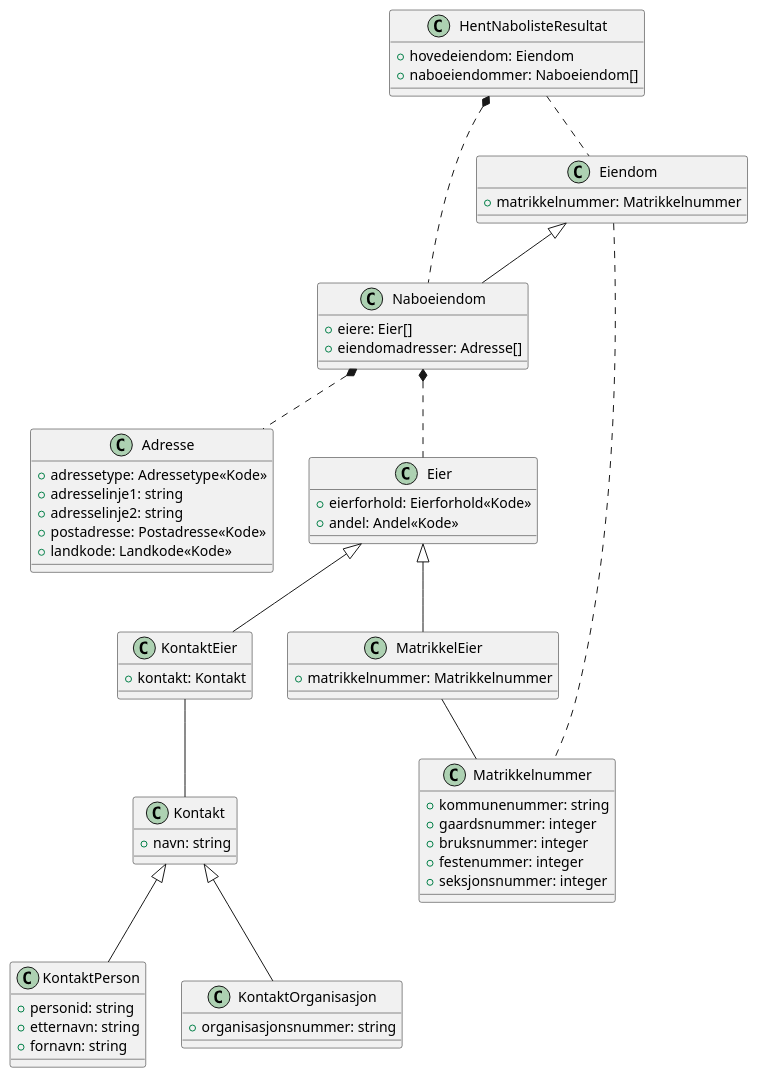
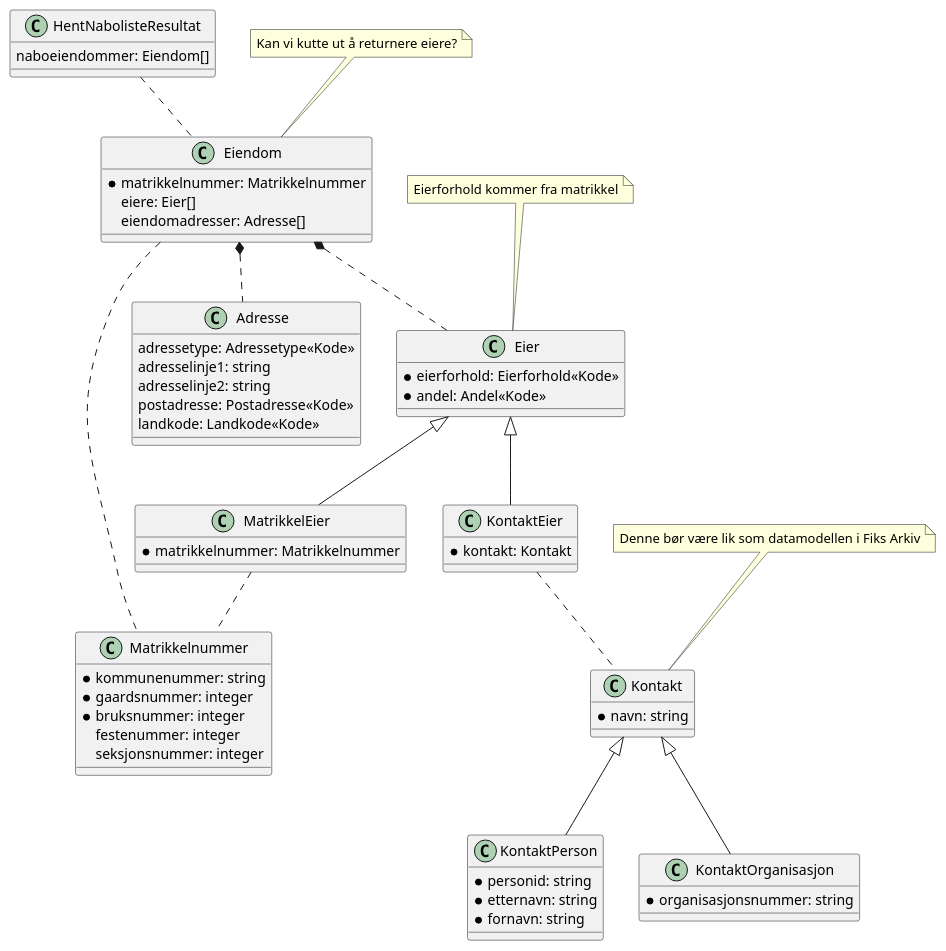
One commit to ks-no/fiks-link-specification changed the diagram in Dokumentasjon/V1/ClassDiagrams/no.ks.fiks.link.v1.innsyn.naboliste.hent.resultat/class-diagram.pu. Above: the diagram before and after it, drawn with PlantUML. The commit also changed 23 other files, not shown here.

```diff
--- a/Dokumentasjon/V1/ClassDiagrams/no.ks.fiks.link.v1.innsyn.naboliste.hent.resultat/class-diagram.pu
+++ b/Dokumentasjon/V1/ClassDiagrams/no.ks.fiks.link.v1.innsyn.naboliste.hent.resultat/class-diagram.pu
@@ -1,79 +1,80 @@
 @startuml
 class HentNabolisteResultat {
-    +hovedeiendom: Eiendom
-    +naboeiendommer: Naboeiendom[]
+    naboeiendommer: Eiendom[]
 }
 
 HentNabolisteResultat .. Eiendom
-HentNabolisteResultat *.. Naboeiendom
 
 class Eiendom {
-    +matrikkelnummer: Matrikkelnummer
+    * matrikkelnummer: Matrikkelnummer
+    eiere: Eier[]
+    eiendomadresser: Adresse[]
 }
+
+note top of Eiendom : Kan vi kutte ut å returnere eiere?
 
 Eiendom .. Matrikkelnummer
 
 class Matrikkelnummer {
-    +kommunenummer: string
-    +gaardsnummer: integer
-    +bruksnummer: integer
-    +festenummer: integer
-    +seksjonsnummer: integer
+    *kommunenummer: string
+    *gaardsnummer: integer
+    *bruksnummer: integer
+    festenummer: integer
+    seksjonsnummer: integer
 }
 
-class Naboeiendom {
-    +eiere: Eier[]
-    +eiendomadresser: Adresse[]
-}
 
-class Naboeiendom extends Eiendom
-
-Naboeiendom *.. Adresse
-Naboeiendom *.. Eier
+Eiendom *.. Adresse
+Eiendom *.. Eier
 
 class Adresse {
-    +adressetype: Adressetype<<Kode>>
-    +adresselinje1: string
-    +adresselinje2: string
-    +postadresse: Postadresse<<Kode>>
-    +landkode: Landkode<<Kode>>
+    adressetype: Adressetype<<Kode>>
+    adresselinje1: string
+    adresselinje2: string
+    postadresse: Postadresse<<Kode>>
+    landkode: Landkode<<Kode>>
 }
 
 class Eier {
-    +eierforhold: Eierforhold<<Kode>>
-    +andel: Andel<<Kode>>
+    *eierforhold: Eierforhold<<Kode>>
+    *andel: Andel<<Kode>>
 }
+
+note top of Eier : Eierforhold kommer fra matrikkel
 
 class KontaktEier extends Eier
 class MatrikkelEier extends Eier
 
 class KontaktEier {
-    +kontakt: Kontakt
+    *kontakt: Kontakt
 }
 
-KontaktEier -- Kontakt
+KontaktEier .. Kontakt
 
 class MatrikkelEier {
-    +matrikkelnummer: Matrikkelnummer
+    *matrikkelnummer: Matrikkelnummer
 }
 
-MatrikkelEier -- Matrikkelnummer
+MatrikkelEier .. Matrikkelnummer
 
 class Kontakt {
-    +navn: string
+    *navn: string
 }
 
+note top of Kontakt : Denne bør være lik som datamodellen i Fiks Arkiv
+
 class KontaktPerson {
-    +personid: string
-    +etternavn: string
-    +fornavn: string
+    *personid: string
+    *etternavn: string
+    *fornavn: string
 }
 
+
 class KontaktOrganisasjon {
-    +organisasjonsnummer: string
+    *organisasjonsnummer: string
 }
 
 class KontaktPerson extends Kontakt
 class KontaktOrganisasjon extends Kontakt
 
 @enduml
```
